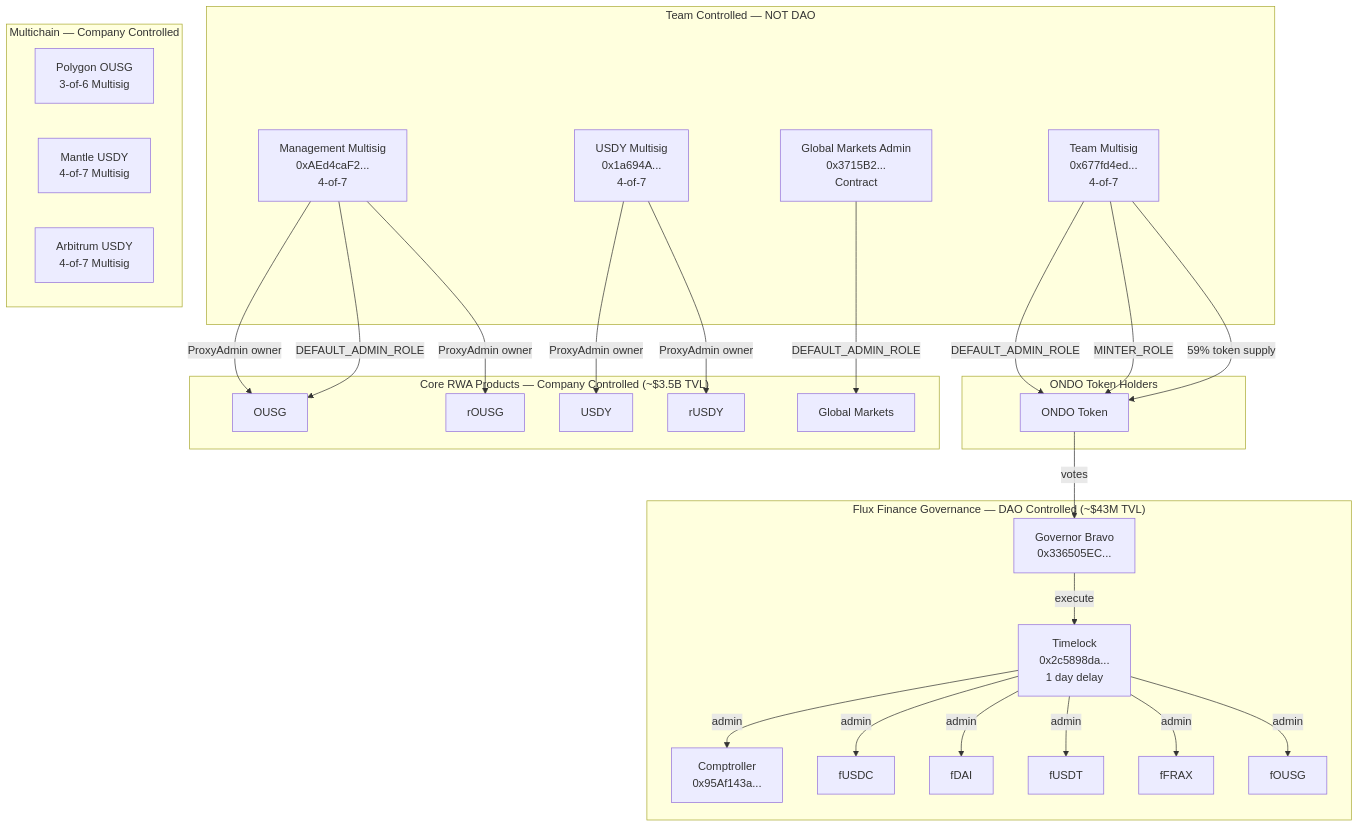
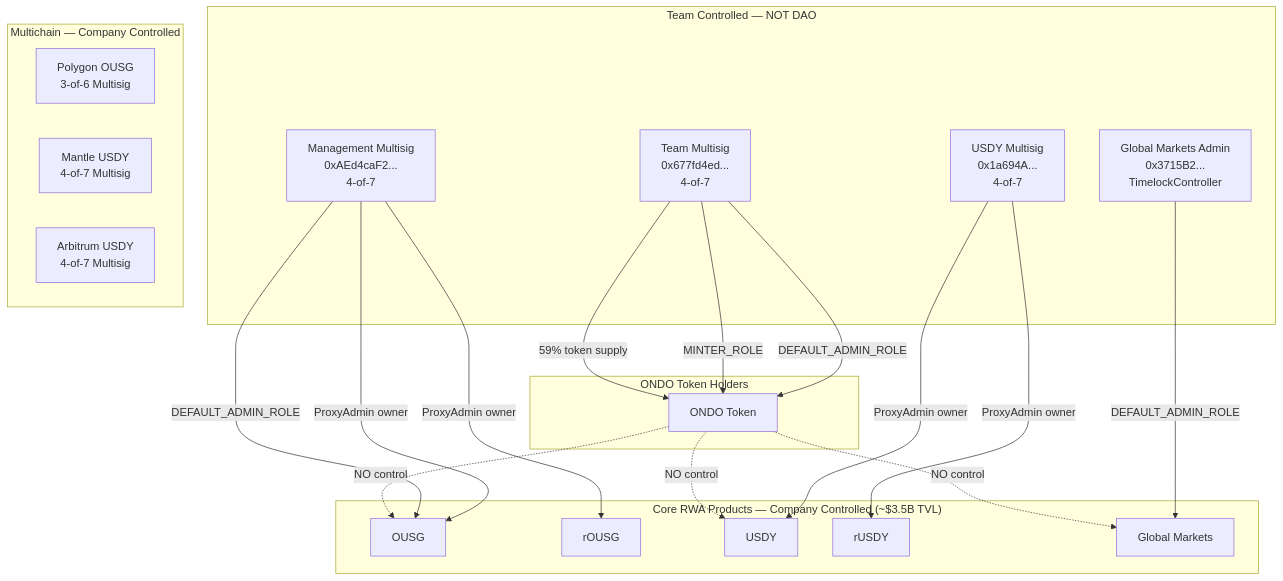
The diagram in research/ondo-research.md (aragon/ownership-token-framework), drawn with Mermaid before and after one commit. The commit also changed other lines of this file, not shown here.

First line of the commit message:
Research Round 8: Remove Flux Finance from all sections, focus on OUSG/USDY/Global Markets

````diff
--- a/research/ondo-research.md
+++ b/research/ondo-research.md
@@ -648,60 +591,44 @@
 ```mermaid
 graph TD
     subgraph "ONDO Token Holders"
         ONDO[ONDO Token]
     end
 
-    subgraph "Flux Finance Governance — DAO Controlled (~$43M TVL)"
-        GOV[Governor Bravo<br/>0x336505EC...]
-        TL[Timelock<br/>0x2c5898da...<br/>1 day delay]
-        COMP[Comptroller<br/>0x95Af143a...]
-        FUSDC[fUSDC]
-        FDAI[fDAI]
-        FUSDT[fUSDT]
-        FFRAX[fFRAX]
-        FOUSG[fOUSG]
-    end
-
     subgraph "Team Controlled — NOT DAO"
         TEAM_MS[Team Multisig<br/>0x677fd4ed...<br/>4-of-7]
         MGMT_MS[Management Multisig<br/>0xAEd4caF2...<br/>4-of-7]
         USDY_MS[USDY Multisig<br/>0x1a694A...<br/>4-of-7]
-        GM_ADMIN[Global Markets Admin<br/>0x3715B2...<br/>Contract]
+        GM_ADMIN[Global Markets Admin<br/>0x3715B2...<br/>TimelockController]
     end
 
     subgraph "Core RWA Products — Company Controlled (~$3.5B TVL)"
         OUSG[OUSG]
         ROUSG[rOUSG]
         USDY[USDY]
         RUSDY[rUSDY]
         GM[Global Markets]
     end
 
     subgraph "Multichain — Company Controlled"
         POLY_OUSG[Polygon OUSG<br/>3-of-6 Multisig]
         MNT_USDY[Mantle USDY<br/>4-of-7 Multisig]
         ARB_USDY[Arbitrum USDY<br/>4-of-7 Multisig]
     end
 
-    ONDO --> |votes| GOV
-    GOV --> |execute| TL
-    TL --> |admin| COMP
-    TL --> |admin| FUSDC
-    TL --> |admin| FDAI
-    TL --> |admin| FUSDT
-    TL --> |admin| FFRAX
-    TL --> |admin| FOUSG
-
     TEAM_MS --> |DEFAULT_ADMIN_ROLE| ONDO
     TEAM_MS --> |MINTER_ROLE| ONDO
     TEAM_MS --> |59% token supply| ONDO
 
     MGMT_MS --> |ProxyAdmin owner| OUSG
     MGMT_MS --> |DEFAULT_ADMIN_ROLE| OUSG
     MGMT_MS --> |ProxyAdmin owner| ROUSG
 
     USDY_MS --> |ProxyAdmin owner| USDY
     USDY_MS --> |ProxyAdmin owner| RUSDY
 
     GM_ADMIN --> |DEFAULT_ADMIN_ROLE| GM
+
+    ONDO -.-> |NO control| OUSG
+    ONDO -.-> |NO control| USDY
+    ONDO -.-> |NO control| GM
 ```
````
